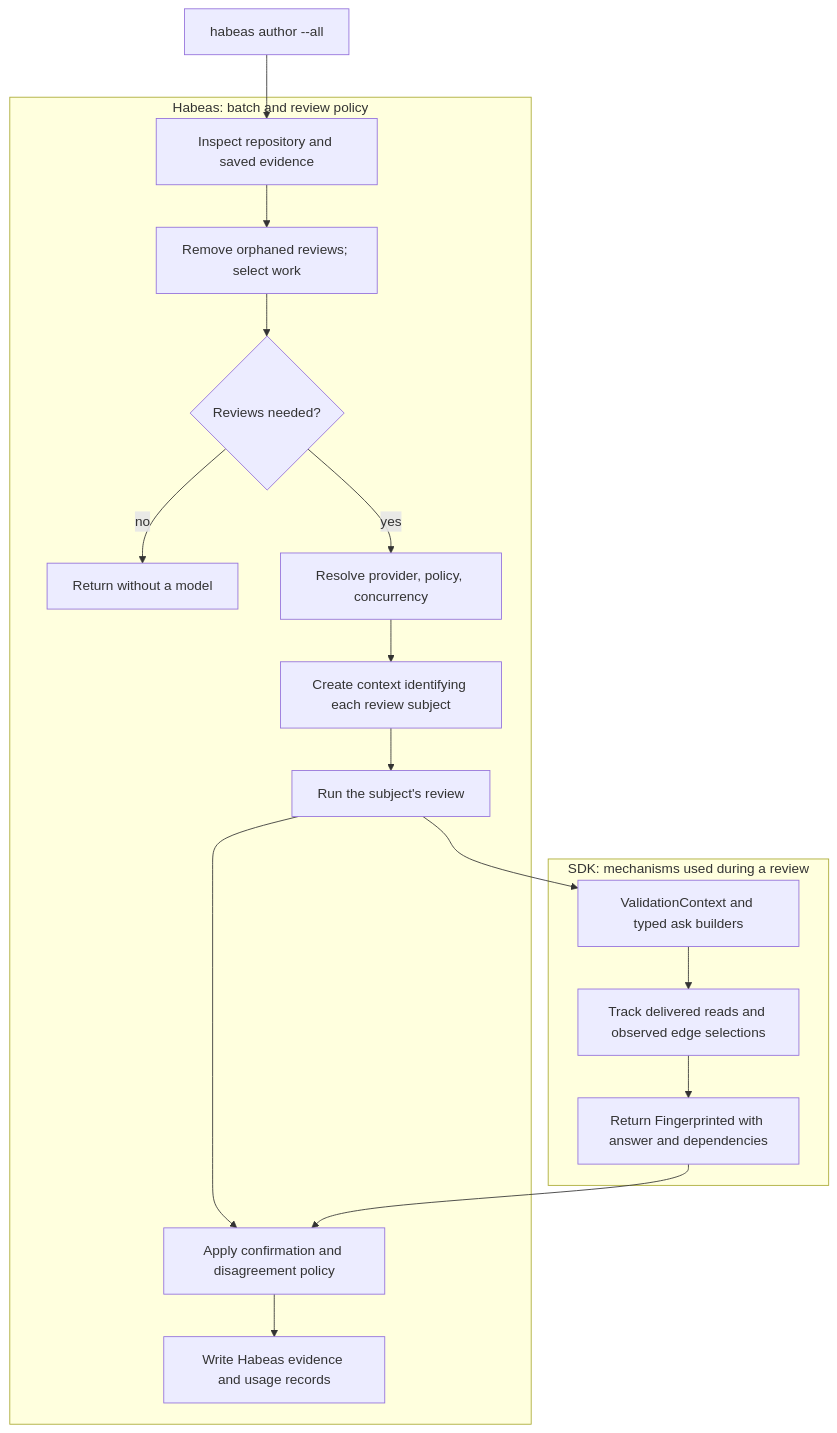
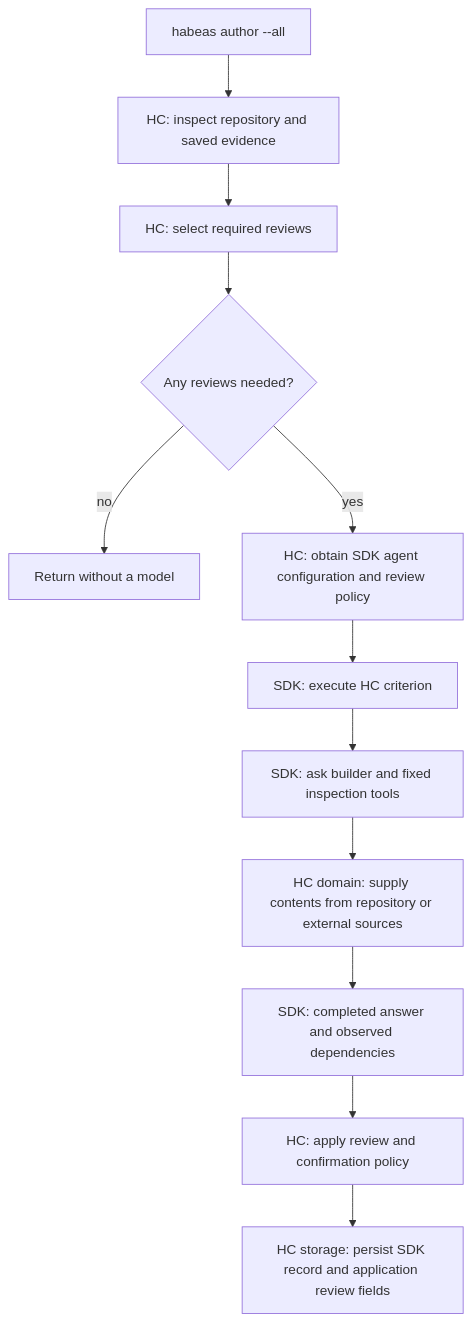
The first of 3 diagrams in md/requirements/sdk/habeas.md (nikomatsakis/habeas-codicem), drawn with Mermaid before and after one commit. The commit also changed other lines of this file and 38 other files, not shown here.

````diff
--- a/md/requirements/sdk/habeas.md
+++ b/md/requirements/sdk/habeas.md
@@ -18,20 +95,14 @@
 ```mermaid
 flowchart TD
-    Start["habeas author --all"] --> Inspect
-    subgraph Client["Habeas: batch and review policy"]
-        Inspect["Inspect repository and saved evidence"] --> Select["Remove orphaned reviews; select work"]
-        Select --> Needed{"Reviews needed?"}
-        Needed -->|no| Done["Return without a model"]
-        Needed -->|yes| Configure["Resolve provider, policy, concurrency"]
-        Configure --> Prepare["Create context identifying each review subject"]
-        Prepare --> Run["Run the subject's review"]
-        Run --> Confirm["Apply confirmation and disagreement policy"]
-        Confirm --> Save["Write Habeas evidence and usage records"]
-    end
-    subgraph Core["SDK: mechanisms used during a review"]
-        Context["ValidationContext and typed ask builders"] --> Trace["Track delivered reads and observed edge selections"]
-        Trace --> Record["Return Fingerprinted with answer and dependencies"]
-    end
-    Run --> Context
-    Record --> Confirm
+    Start["habeas author --all"] --> Inspect["HC: inspect repository and saved evidence"]
+    Inspect --> Select["HC: select required reviews"]
+    Select --> Needed{"Any reviews needed?"}
+    Needed -->|no| Done["Return without a model"]
+    Needed -->|yes| Configure["HC: obtain SDK agent configuration and review policy"]
+    Configure --> Run["SDK: execute HC criterion"]
+    Run --> Ask["SDK: ask builder and fixed inspection tools"]
+    Ask --> Read["HC domain: supply contents from repository or external sources"]
+    Read --> Record["SDK: completed answer and observed dependencies"]
+    Record --> Interpret["HC: apply review and confirmation policy"]
+    Interpret --> Save["HC storage: persist SDK record and application review fields"]
 ```
````
